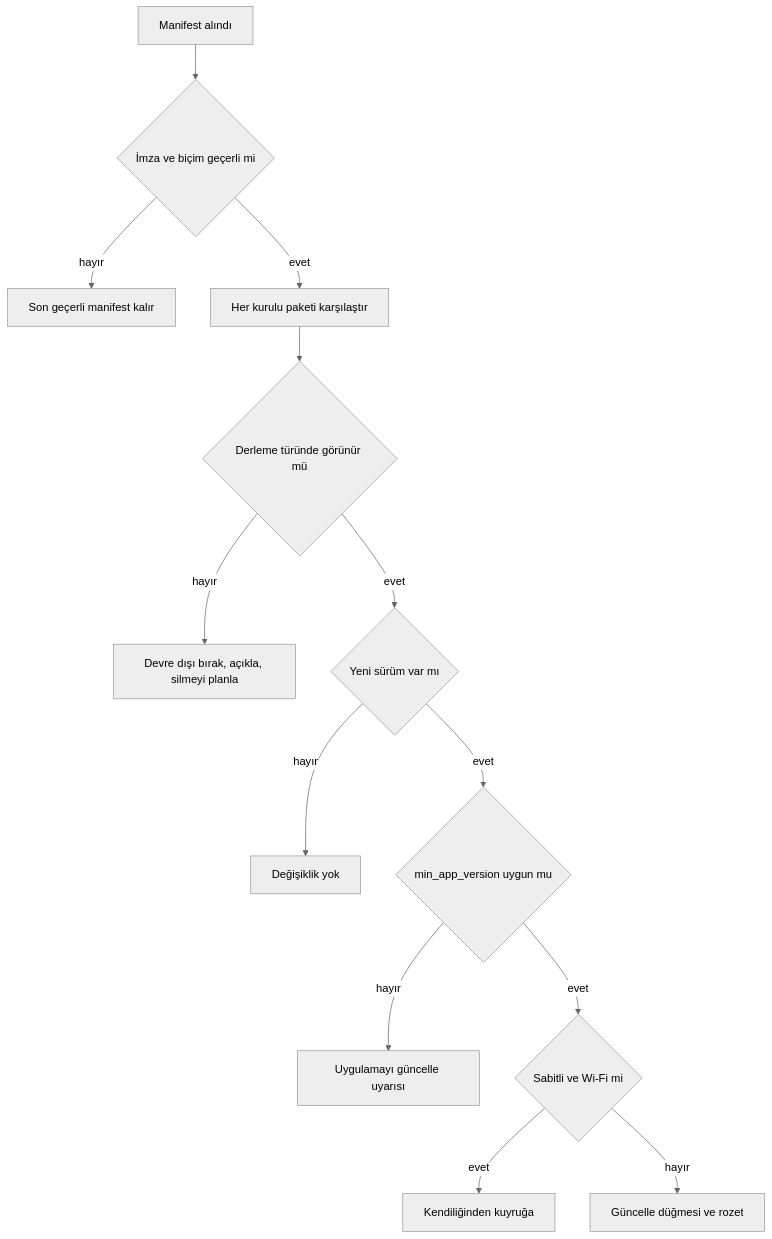
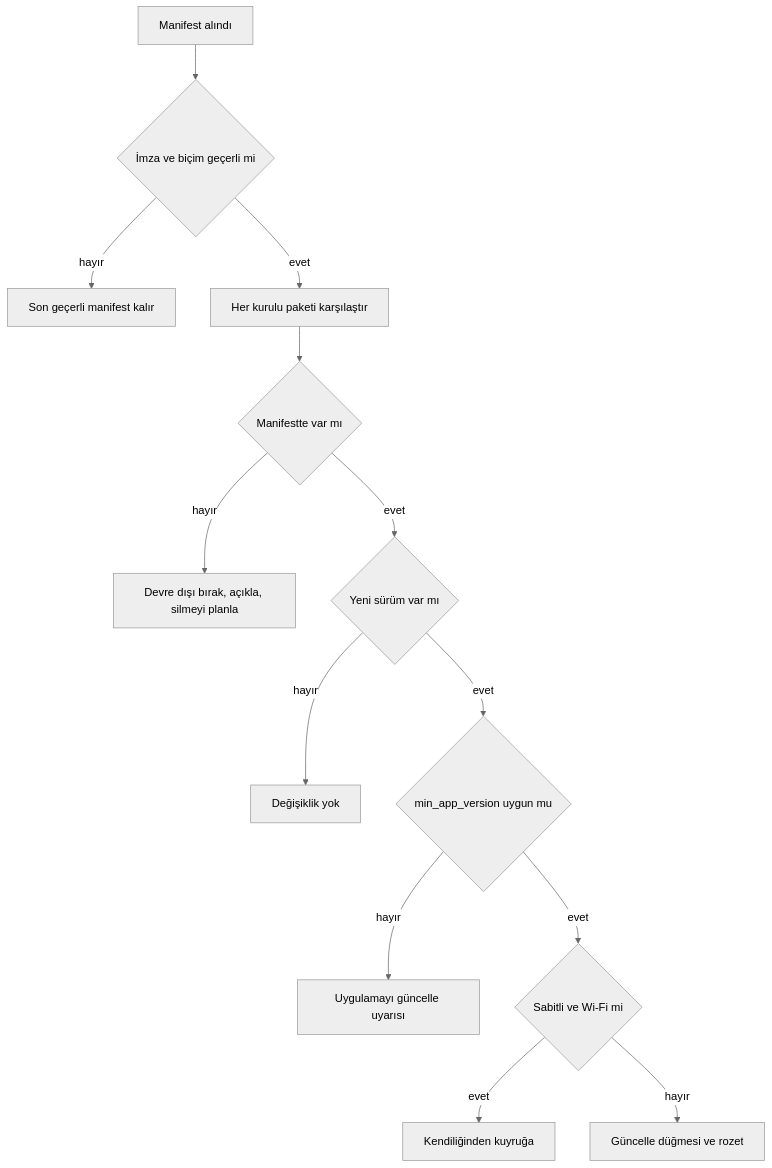
The third of 3 diagrams in docs/06-mobil/03-depolama-yoneticisi.md (karasaid379-hue/mutalaa), drawn with Mermaid (neutral theme) before and after one commit. The commit also changed other lines of this file and 39 other files, not shown here.

````diff
--- a/docs/06-mobil/03-depolama-yoneticisi.md
+++ b/docs/06-mobil/03-depolama-yoneticisi.md
@@ -295,15 +292,15 @@
 ```mermaid
 flowchart TD
   A[Manifest alındı] --> B{İmza ve biçim geçerli mi}
   B -- hayır --> Z[Son geçerli manifest kalır]
   B -- evet --> C[Her kurulu paketi karşılaştır]
-  C --> D{Derleme türünde görünür mü}
+  C --> D{Manifestte var mı}
   D -- hayır --> E[Devre dışı bırak, açıkla, silmeyi planla]
   D -- evet --> F{Yeni sürüm var mı}
   F -- hayır --> G[Değişiklik yok]
   F -- evet --> H{min_app_version uygun mu}
   H -- hayır --> I[Uygulamayı güncelle uyarısı]
   H -- evet --> J{Sabitli ve Wi-Fi mi}
   J -- evet --> K[Kendiliğinden kuyruğa]
   J -- hayır --> L[Güncelle düğmesi ve rozet]
 ```
````
